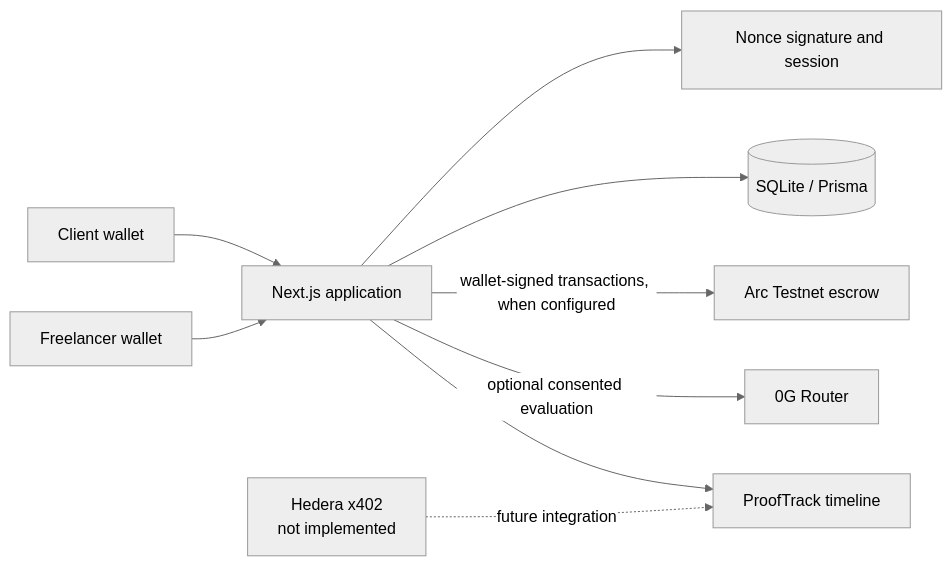
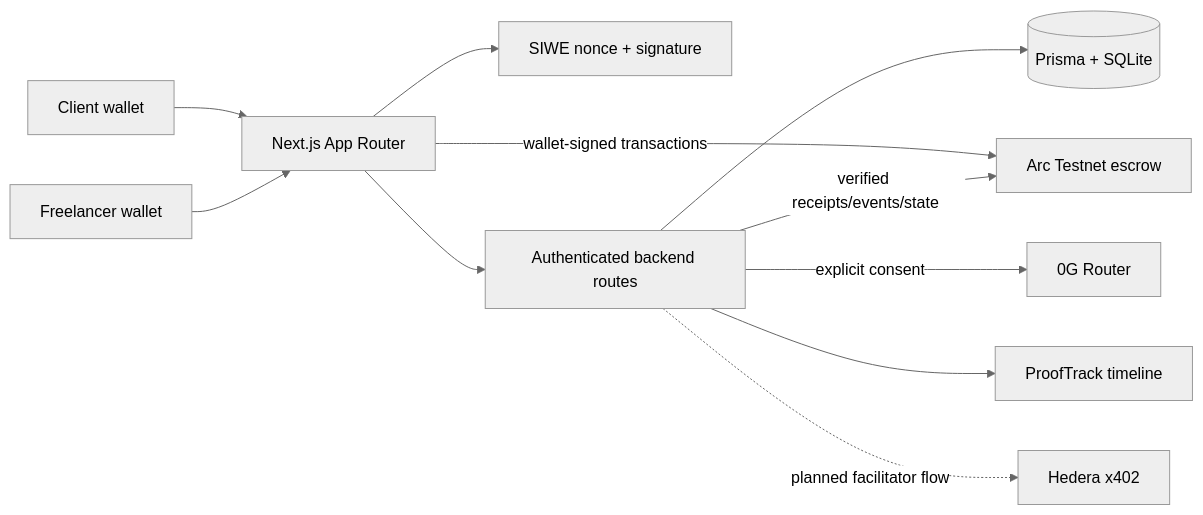
One commit to adisingh592/TrustOra changed the diagram in README.md. Above: the diagram before and after it, drawn with Mermaid (neutral theme). The commit also changed other lines of this file, not shown here.

````diff
--- a/README.md
+++ b/README.md
@@ -13,11 +189,13 @@
 ```mermaid
 flowchart LR
-  Client[Client wallet] --> Web[Next.js application]
+  Client[Client wallet] --> Web[Next.js App Router]
   Freelancer[Freelancer wallet] --> Web
-  Web --> Auth[Nonce signature and session]
-  Web --> DB[(SQLite / Prisma)]
-  Web -->|wallet-signed transactions, when configured| Arc[Arc Testnet escrow]
-  Web -->|optional consented evaluation| ZeroG[0G Router]
-  Web --> Evidence[ProofTrack timeline]
-  Hedera[Hedera x402<br/>not implemented] -. future integration .-> Evidence
+  Web --> Auth[SIWE nonce + signature]
+  Web --> API[Authenticated backend routes]
+  API --> DB[(Prisma + SQLite)]
+  Web -->|wallet-signed transactions| Arc[Arc Testnet escrow]
+  API -->|verified receipts/events/state| Arc
+  API -->|explicit consent| ZeroG[0G Router]
+  API --> Evidence[ProofTrack timeline]
+  API -. planned facilitator flow .-> Hedera[Hedera x402]
 ```
````
